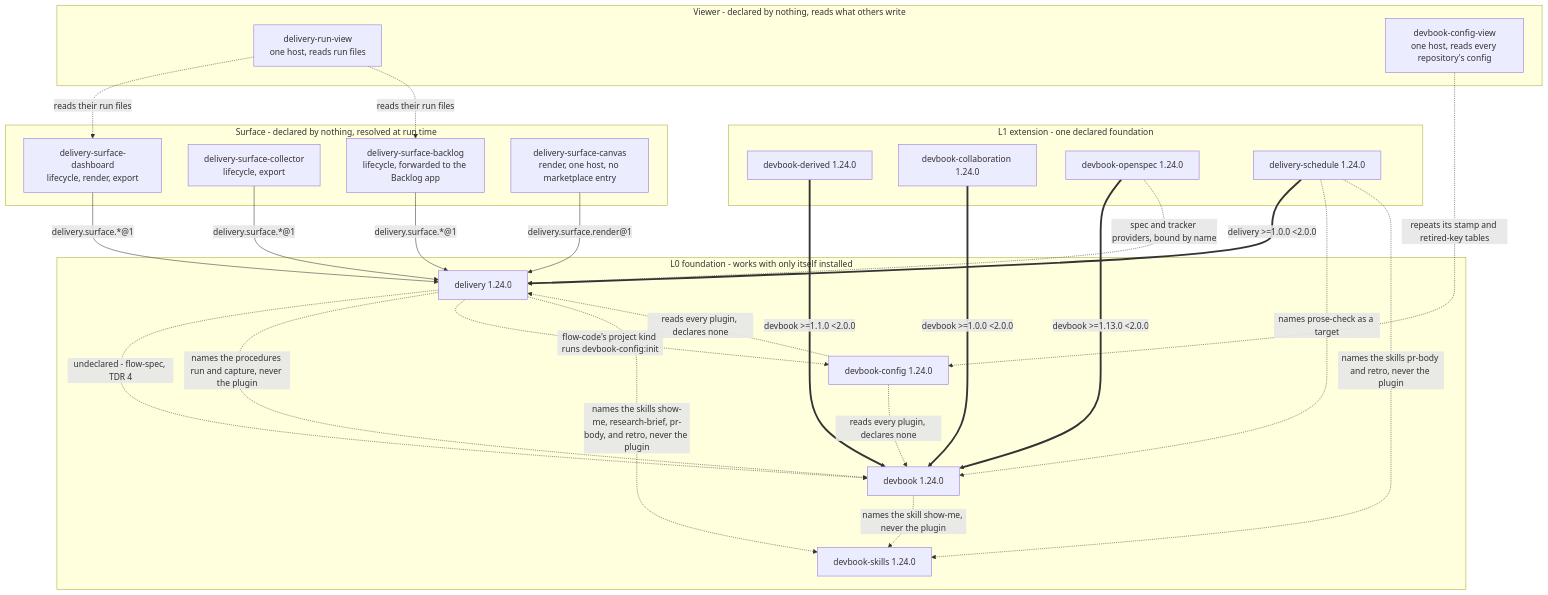
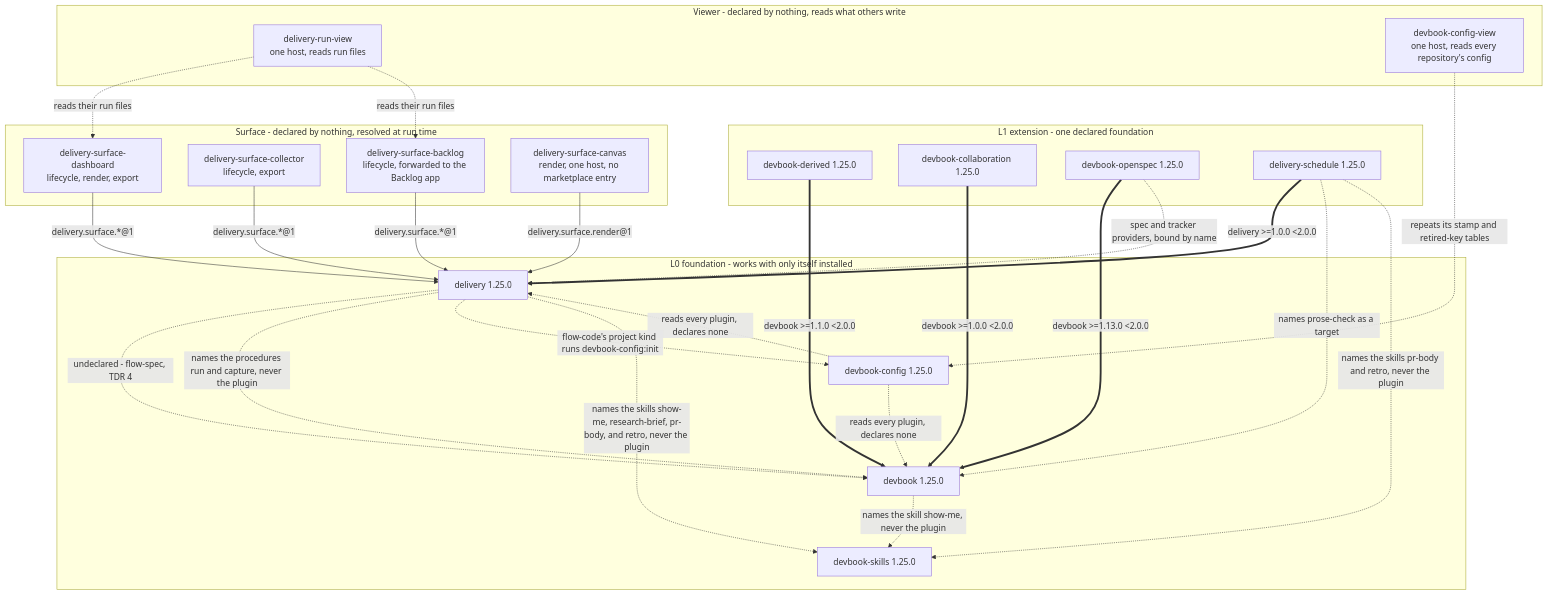
One commit to JSdotNet/devbook changed the first of 3 diagrams in .devbook/arc42/05-building-block-view.md. Above: the diagram before and after it, drawn with Mermaid. The commit also changed 28 other files, not shown here.

````diff
--- a/.devbook/arc42/05-building-block-view.md
+++ b/.devbook/arc42/05-building-block-view.md
@@ -29,52 +29,52 @@
 ```mermaid
 flowchart TB
     subgraph L0["L0 foundation - works with only itself installed"]
-        DEV["devbook 1.24.0"]
-        DEL["delivery 1.24.0"]
-        CFG["devbook-config 1.24.0"]
-        SKL["devbook-skills 1.24.0"]
+        DEV["devbook 1.25.0"]
+        DEL["delivery 1.25.0"]
+        CFG["devbook-config 1.25.0"]
+        SKL["devbook-skills 1.25.0"]
     end
 
     subgraph L1["L1 extension - one declared foundation"]
-        DBD["devbook-derived 1.24.0"]
-        DBC["devbook-collaboration 1.24.0"]
-        DOS["devbook-openspec 1.24.0"]
-        SCH["delivery-schedule 1.24.0"]
+        DBD["devbook-derived 1.25.0"]
+        DBC["devbook-collaboration 1.25.0"]
+        DOS["devbook-openspec 1.25.0"]
+        SCH["delivery-schedule 1.25.0"]
     end
 
     subgraph SURF["Surface - declared by nothing, resolved at run time"]
         SD["delivery-surface-dashboard<br/>lifecycle, render, export"]
         SL["delivery-surface-collector<br/>lifecycle, export"]
         SB["delivery-surface-backlog<br/>lifecycle, forwarded to the Backlog app"]
         SC["delivery-surface-canvas<br/>render, one host, no marketplace entry"]
     end
 
     subgraph VIEW["Viewer - declared by nothing, reads what others write"]
         RV["delivery-run-view<br/>one host, reads run files"]
         CV["devbook-config-view<br/>one host, reads every repository's config"]
     end
 
     DBD ==>|"devbook >=1.1.0 &lt;2.0.0"| DEV
     DBC ==>|"devbook >=1.0.0 &lt;2.0.0"| DEV
     DOS ==>|"devbook >=1.13.0 &lt;2.0.0"| DEV
     SCH ==>|"delivery >=1.0.0 &lt;2.0.0"| DEL
 
     SD -->|"delivery.surface.*@1"| DEL
     SL -->|"delivery.surface.*@1"| DEL
     SB -->|"delivery.surface.*@1"| DEL
     SC -->|"delivery.surface.render@1"| DEL
     RV -.->|"reads their run files"| SD
     RV -.->|"reads their run files"| SB
     CV -.->|"repeats its stamp and retired-key tables"| CFG
 
     SCH -.->|"names prose-check as a target"| DEV
     DEL -.->|"undeclared - flow-spec, TDR 4"| DEV
     DEL -.->|"names the procedures run and capture, never the plugin"| DEV
     CFG -.->|"reads every plugin, declares none"| DEV
     CFG -.->|"reads every plugin, declares none"| DEL
     DEL -.->|"flow-code's project kind runs devbook-config:init"| CFG
     DOS -.->|"spec and tracker providers, bound by name"| DEL
     DEV -.->|"names the skill show-me, never the plugin"| SKL
     DEL -.->|"names the skills show-me, research-brief, pr-body, and retro, never the plugin"| SKL
     SCH -.->|"names the skills pr-body and retro, never the plugin"| SKL
 ```
````
